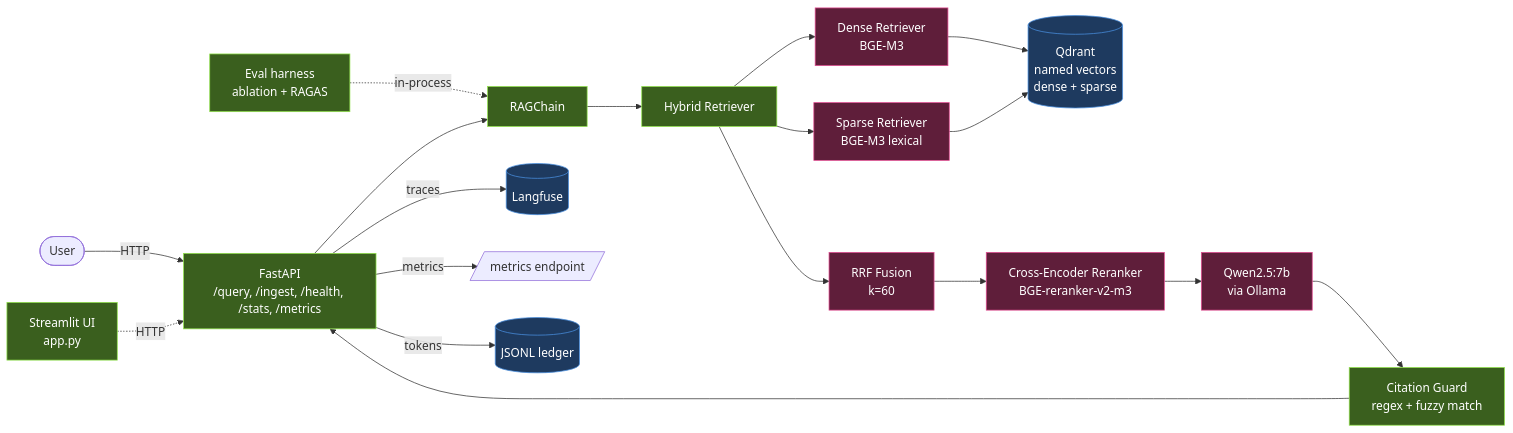
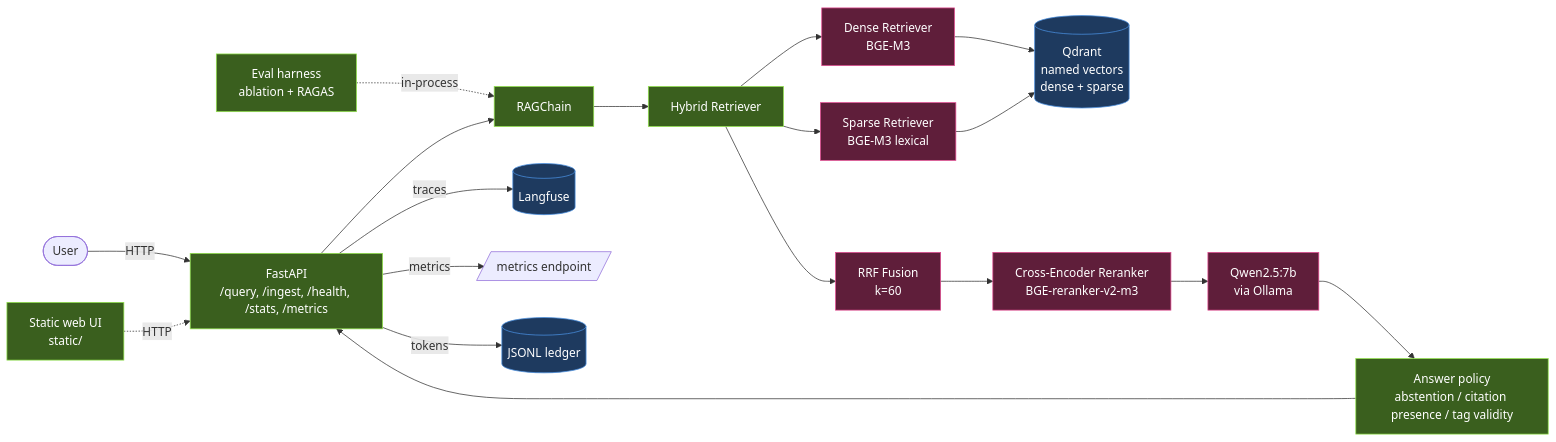
Before and after one commit to baranozgurtas/scholar-rag: the first of 4 diagrams in docs/architecture.md, drawn with Mermaid. The commit also changed other lines of this file and 46 other files, not shown here.

First line of the commit message:
Enforce citation policy, split retrieval/generation eval, correct README claims

````diff
--- a/docs/architecture.md
+++ b/docs/architecture.md
@@ -5,29 +5,29 @@
 ```mermaid
 flowchart LR
     User([User]) -->|HTTP| API[FastAPI<br/>/query, /ingest, /health, /stats, /metrics]
-    UI[Streamlit UI<br/>app.py] -.->|HTTP| API
+    UI[Static web UI<br/>static/] -.->|HTTP| API
     EVAL[Eval harness<br/>ablation + RAGAS] -.->|in-process| RAGChain
 
     API --> RAGChain
     RAGChain --> HR[Hybrid Retriever]
     HR --> Dense[Dense Retriever<br/>BGE-M3]
     HR --> Sparse[Sparse Retriever<br/>BGE-M3 lexical]
     Dense --> Qdrant[(Qdrant<br/>named vectors<br/>dense + sparse)]
     Sparse --> Qdrant
     HR --> RRF[RRF Fusion<br/>k=60]
     RRF --> RR[Cross-Encoder Reranker<br/>BGE-reranker-v2-m3]
     RR --> LLM[Qwen2.5:7b<br/>via Ollama]
-    LLM --> Guards[Citation Guard<br/>regex + fuzzy match]
+    LLM --> Guards[Answer policy<br/>abstention / citation presence / tag validity]
     Guards --> API
 
     API -->|traces| LF[(Langfuse)]
     API -->|metrics| Prom[/metrics endpoint/]
     API -->|tokens| Ledger[(JSONL ledger)]
 
     classDef store fill:#1e3a5f,stroke:#4a90e2,color:#fff
     classDef model fill:#5f1e3a,stroke:#e24a90,color:#fff
     classDef api fill:#3a5f1e,stroke:#90e24a,color:#fff
     class Qdrant,LF,Ledger store
     class Dense,Sparse,LLM,RR,RRF model
     class API,UI,EVAL,RAGChain,HR,Guards api
 ```
````
